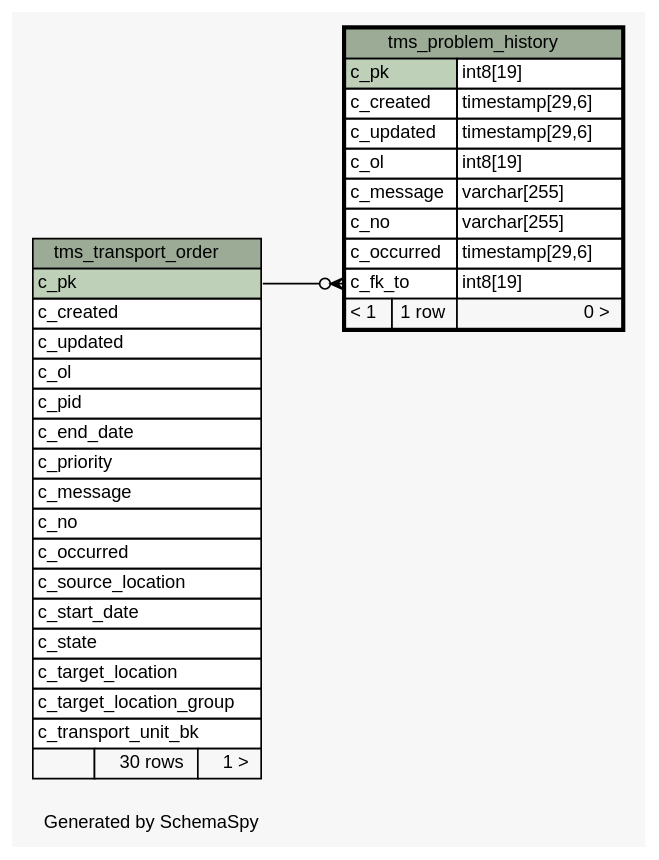
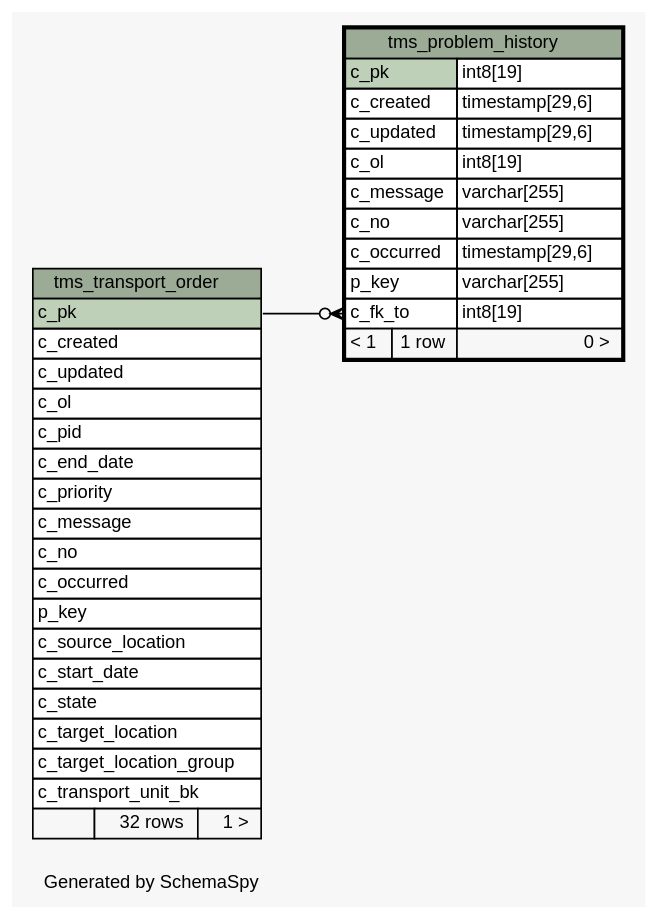
Before and after one commit to openwms/org.openwms.tms.transportation: the diagram in schemaspy/diagrams/tms_problem_history.1degree.dot, drawn with Graphviz. The commit also changed 341 other files, not shown here.

```diff
--- a/schemaspy/diagrams/tms_problem_history.1degree.dot
+++ b/schemaspy/diagrams/tms_problem_history.1degree.dot
@@ -1,65 +1,67 @@
 // dot 2.36.0 on Linux 4.4.0-101-generic
 // SchemaSpy rev Unknown
 digraph "oneDegreeRelationshipsDiagram" {
   graph [
     rankdir="RL"
     bgcolor="#f7f7f7"
     label="\nGenerated by SchemaSpy"
     labeljust="l"
     nodesep="0.18"
     ranksep="0.46"
     fontname="Helvetica"
     fontsize="11"
   ];
   node [
     fontname="Helvetica"
     fontsize="11"
     shape="plaintext"
   ];
   edge [
     arrowsize="0.8"
   ];
   "tms_problem_history":"c_fk_to":w -> "tms_transport_order":"c_pk":e [arrowhead=none dir=back arrowtail=crowodot];
   "tms_problem_history" [
     label=<
     <TABLE BORDER="2" CELLBORDER="1" CELLSPACING="0" BGCOLOR="#ffffff">
       <TR><TD COLSPAN="3" BGCOLOR="#9bab96" ALIGN="CENTER">tms_problem_history</TD></TR>
       <TR><TD PORT="c_pk" COLSPAN="2" BGCOLOR="#bed1b8" ALIGN="LEFT">c_pk</TD><TD PORT="c_pk.type" ALIGN="LEFT">int8[19]</TD></TR>
       <TR><TD PORT="c_created" COLSPAN="2" ALIGN="LEFT">c_created</TD><TD PORT="c_created.type" ALIGN="LEFT">timestamp[29,6]</TD></TR>
       <TR><TD PORT="c_updated" COLSPAN="2" ALIGN="LEFT">c_updated</TD><TD PORT="c_updated.type" ALIGN="LEFT">timestamp[29,6]</TD></TR>
       <TR><TD PORT="c_ol" COLSPAN="2" ALIGN="LEFT">c_ol</TD><TD PORT="c_ol.type" ALIGN="LEFT">int8[19]</TD></TR>
       <TR><TD PORT="c_message" COLSPAN="2" ALIGN="LEFT">c_message</TD><TD PORT="c_message.type" ALIGN="LEFT">varchar[255]</TD></TR>
       <TR><TD PORT="c_no" COLSPAN="2" ALIGN="LEFT">c_no</TD><TD PORT="c_no.type" ALIGN="LEFT">varchar[255]</TD></TR>
       <TR><TD PORT="c_occurred" COLSPAN="2" ALIGN="LEFT">c_occurred</TD><TD PORT="c_occurred.type" ALIGN="LEFT">timestamp[29,6]</TD></TR>
+      <TR><TD PORT="p_key" COLSPAN="2" ALIGN="LEFT">p_key</TD><TD PORT="p_key.type" ALIGN="LEFT">varchar[255]</TD></TR>
       <TR><TD PORT="c_fk_to" COLSPAN="2" ALIGN="LEFT">c_fk_to</TD><TD PORT="c_fk_to.type" ALIGN="LEFT">int8[19]</TD></TR>
       <TR><TD ALIGN="LEFT" BGCOLOR="#f7f7f7">&lt; 1</TD><TD ALIGN="RIGHT" BGCOLOR="#f7f7f7">1 row</TD><TD ALIGN="RIGHT" BGCOLOR="#f7f7f7">0 &gt;</TD></TR>
     </TABLE>>
     URL="tms_problem_history.html"
     tooltip="tms_problem_history"
   ];
   "tms_transport_order" [
     label=<
     <TABLE BORDER="0" CELLBORDER="1" CELLSPACING="0" BGCOLOR="#ffffff">
       <TR><TD COLSPAN="3" BGCOLOR="#9bab96" ALIGN="CENTER">tms_transport_order</TD></TR>
       <TR><TD PORT="c_pk" COLSPAN="3" BGCOLOR="#bed1b8" ALIGN="LEFT">c_pk</TD></TR>
       <TR><TD PORT="c_created" COLSPAN="3" ALIGN="LEFT">c_created</TD></TR>
       <TR><TD PORT="c_updated" COLSPAN="3" ALIGN="LEFT">c_updated</TD></TR>
       <TR><TD PORT="c_ol" COLSPAN="3" ALIGN="LEFT">c_ol</TD></TR>
       <TR><TD PORT="c_pid" COLSPAN="3" ALIGN="LEFT">c_pid</TD></TR>
       <TR><TD PORT="c_end_date" COLSPAN="3" ALIGN="LEFT">c_end_date</TD></TR>
       <TR><TD PORT="c_priority" COLSPAN="3" ALIGN="LEFT">c_priority</TD></TR>
       <TR><TD PORT="c_message" COLSPAN="3" ALIGN="LEFT">c_message</TD></TR>
       <TR><TD PORT="c_no" COLSPAN="3" ALIGN="LEFT">c_no</TD></TR>
       <TR><TD PORT="c_occurred" COLSPAN="3" ALIGN="LEFT">c_occurred</TD></TR>
+      <TR><TD PORT="p_key" COLSPAN="3" ALIGN="LEFT">p_key</TD></TR>
       <TR><TD PORT="c_source_location" COLSPAN="3" ALIGN="LEFT">c_source_location</TD></TR>
       <TR><TD PORT="c_start_date" COLSPAN="3" ALIGN="LEFT">c_start_date</TD></TR>
       <TR><TD PORT="c_state" COLSPAN="3" ALIGN="LEFT">c_state</TD></TR>
       <TR><TD PORT="c_target_location" COLSPAN="3" ALIGN="LEFT">c_target_location</TD></TR>
       <TR><TD PORT="c_target_location_group" COLSPAN="3" ALIGN="LEFT">c_target_location_group</TD></TR>
       <TR><TD PORT="c_transport_unit_bk" COLSPAN="3" ALIGN="LEFT">c_transport_unit_bk</TD></TR>
-      <TR><TD ALIGN="LEFT" BGCOLOR="#f7f7f7">  </TD><TD ALIGN="RIGHT" BGCOLOR="#f7f7f7">30 rows</TD><TD ALIGN="RIGHT" BGCOLOR="#f7f7f7">1 &gt;</TD></TR>
+      <TR><TD ALIGN="LEFT" BGCOLOR="#f7f7f7">  </TD><TD ALIGN="RIGHT" BGCOLOR="#f7f7f7">32 rows</TD><TD ALIGN="RIGHT" BGCOLOR="#f7f7f7">1 &gt;</TD></TR>
     </TABLE>>
     URL="tms_transport_order.html"
     tooltip="tms_transport_order"
   ];
 }
```
